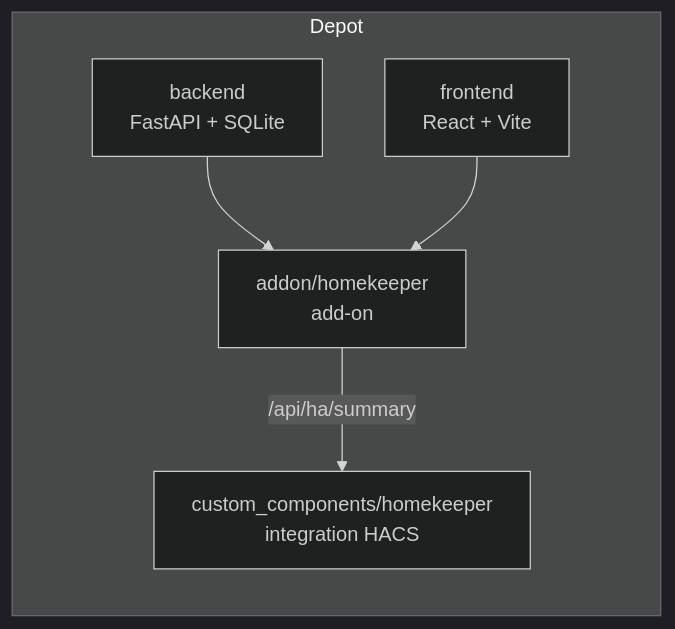
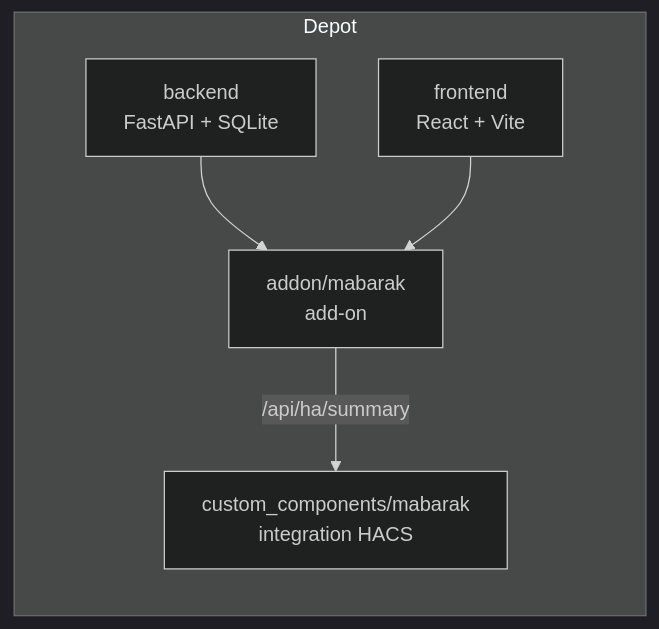
One commit to k69sknk/myhome changed the diagram in README.md. Above: the diagram before and after it, drawn with Mermaid (dark theme). The commit also changed other lines of this file and 168 other files, not shown here.

````diff
--- a/README.md
+++ b/README.md
@@ -33,12 +33,12 @@
 ```mermaid
 flowchart LR
     subgraph repo [Depot]
-        addon["addon/homekeeper<br/>add-on"]
+        addon["addon/mabarak<br/>add-on"]
         backend["backend<br/>FastAPI + SQLite"]
         frontend["frontend<br/>React + Vite"]
-        integ["custom_components/homekeeper<br/>integration HACS"]
+        integ["custom_components/mabarak<br/>integration HACS"]
     end
     backend --> addon
     frontend --> addon
     addon -->|"/api/ha/summary"| integ
 ```
````
